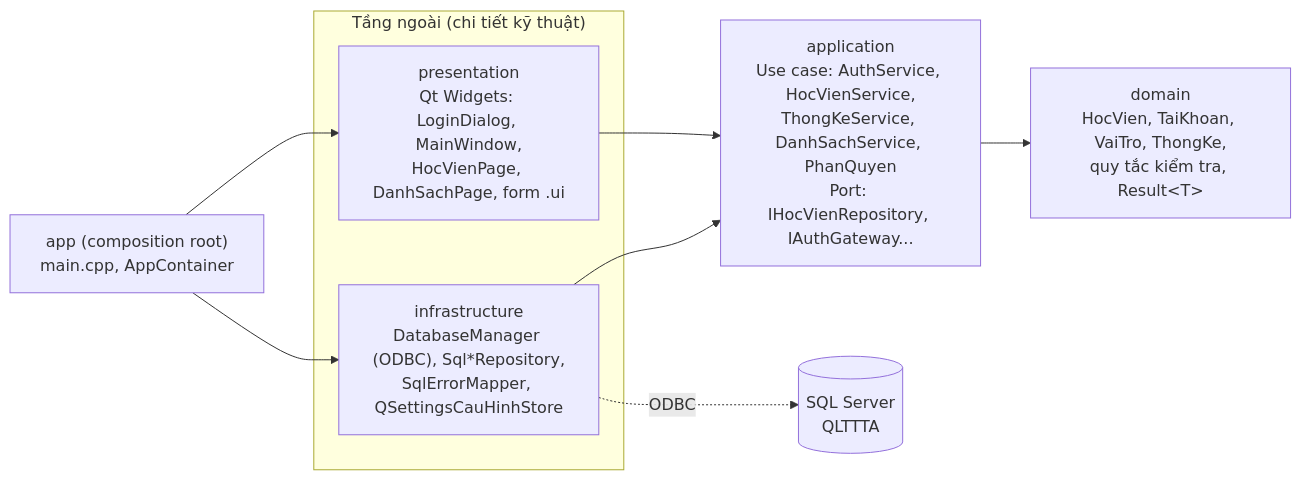
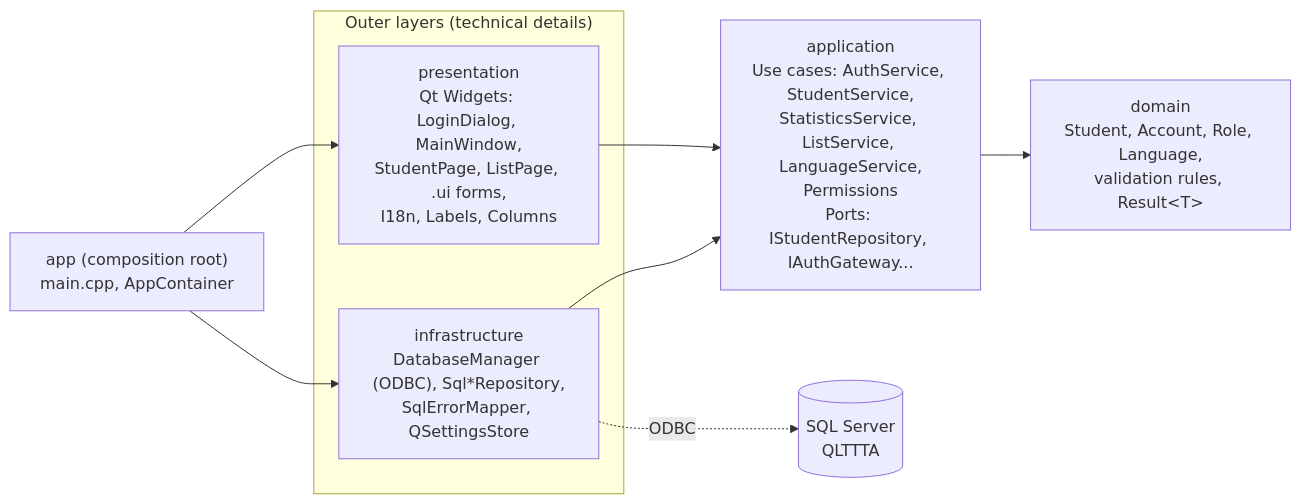
One commit to nhutruong-uit/imcp changed the first of 2 diagrams in docs/ARCHITECTURE.md. Above: the diagram before and after it, drawn with Mermaid. The commit also changed other lines of this file and 15 other files, not shown here.

First line of the commit message:
docs: English documentation and Claude Code rules for the English database

````diff
--- a/docs/ARCHITECTURE.md
+++ b/docs/ARCHITECTURE.md
@@ -5,18 +14,18 @@
 ```mermaid
 flowchart LR
-    subgraph Ngoai["Tầng ngoài (chi tiết kỹ thuật)"]
-        P["presentation<br/>Qt Widgets: LoginDialog, MainWindow,<br/>HocVienPage, DanhSachPage, form .ui"]
-        I["infrastructure<br/>DatabaseManager (ODBC), Sql*Repository,<br/>SqlErrorMapper, QSettingsCauHinhStore"]
+    subgraph Outer["Outer layers (technical details)"]
+        P["presentation<br/>Qt Widgets: LoginDialog, MainWindow,<br/>StudentPage, ListPage, .ui forms,<br/>I18n, Labels, Columns"]
+        I["infrastructure<br/>DatabaseManager (ODBC), Sql*Repository,<br/>SqlErrorMapper, QSettingsStore"]
     end
-    A["application<br/>Use case: AuthService, HocVienService,<br/>ThongKeService, DanhSachService, PhanQuyen<br/>Port: IHocVienRepository, IAuthGateway..."]
-    D["domain<br/>HocVien, TaiKhoan, VaiTro, ThongKe,<br/>quy tắc kiểm tra, Result&lt;T&gt;"]
+    A["application<br/>Use cases: AuthService, StudentService,<br/>StatisticsService, ListService, LanguageService,<br/>Permissions<br/>Ports: IStudentRepository, IAuthGateway..."]
+    D["domain<br/>Student, Account, Role, Language,<br/>validation rules, Result&lt;T&gt;"]
     APP["app (composition root)<br/>main.cpp, AppContainer"]
     DB[("SQL Server<br/>QLTTTA")]
 
     P --> A
     I --> A
     A --> D
     APP --> P
     APP --> I
     I -.ODBC.-> DB
 ```
````
